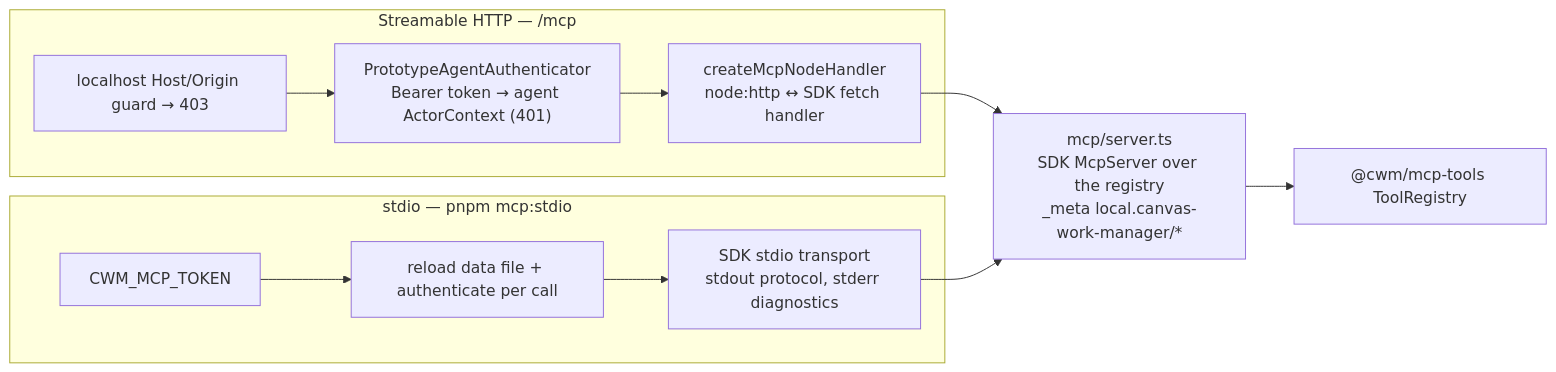
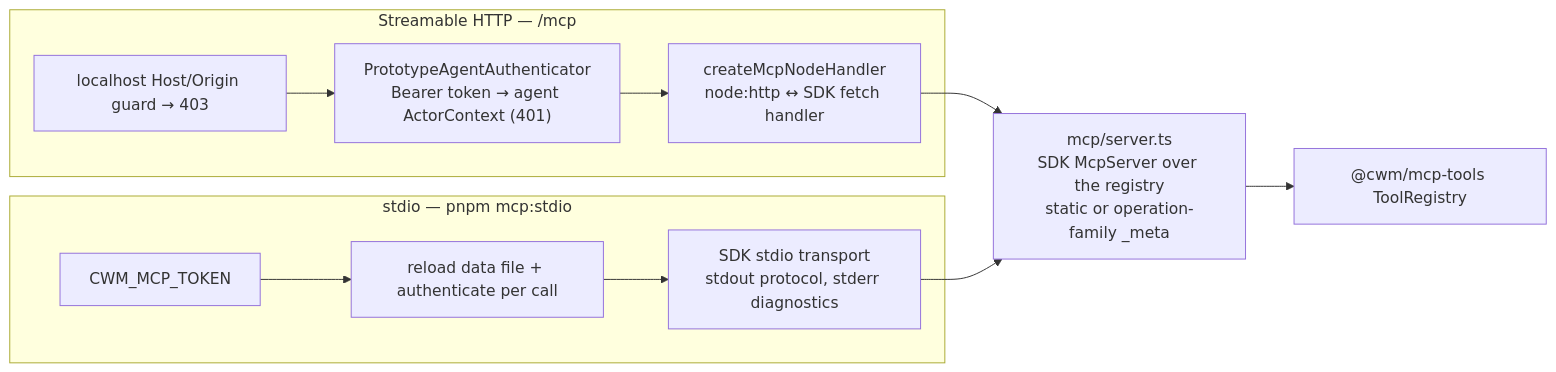
Before and after one commit to CalciteDragon/Canvas-work-manager-prototype: the first of 2 diagrams in docs/architecture/prototype-host/mcp-transport/what.md, drawn with Mermaid. The commit also changed other lines of this file and 143 other files, not shown here.

````diff
--- a/docs/architecture/prototype-host/mcp-transport/what.md
+++ b/docs/architecture/prototype-host/mcp-transport/what.md
@@ -5,18 +5,18 @@
 ```mermaid
 flowchart LR
   subgraph http["Streamable HTTP — /mcp"]
     guard["localhost Host/Origin guard → 403"]
     auth["PrototypeAgentAuthenticator<br/>Bearer token → agent ActorContext (401)"]
     node["createMcpNodeHandler<br/>node:http ↔ SDK fetch handler"]
   end
   subgraph stdio["stdio — pnpm mcp:stdio"]
     env["CWM_MCP_TOKEN"]
     reload["reload data file + authenticate per call"]
     sdkstdio["SDK stdio transport<br/>stdout protocol, stderr diagnostics"]
   end
-  server["mcp/server.ts<br/>SDK McpServer over the registry<br/>_meta local.canvas-work-manager/*"]
+  server["mcp/server.ts<br/>SDK McpServer over the registry<br/>static or operation-family _meta"]
   registry["@cwm/mcp-tools ToolRegistry"]
   guard --> auth --> node --> server
   env --> reload --> sdkstdio --> server
   server --> registry
 ```
````
